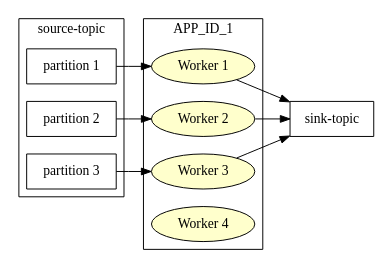
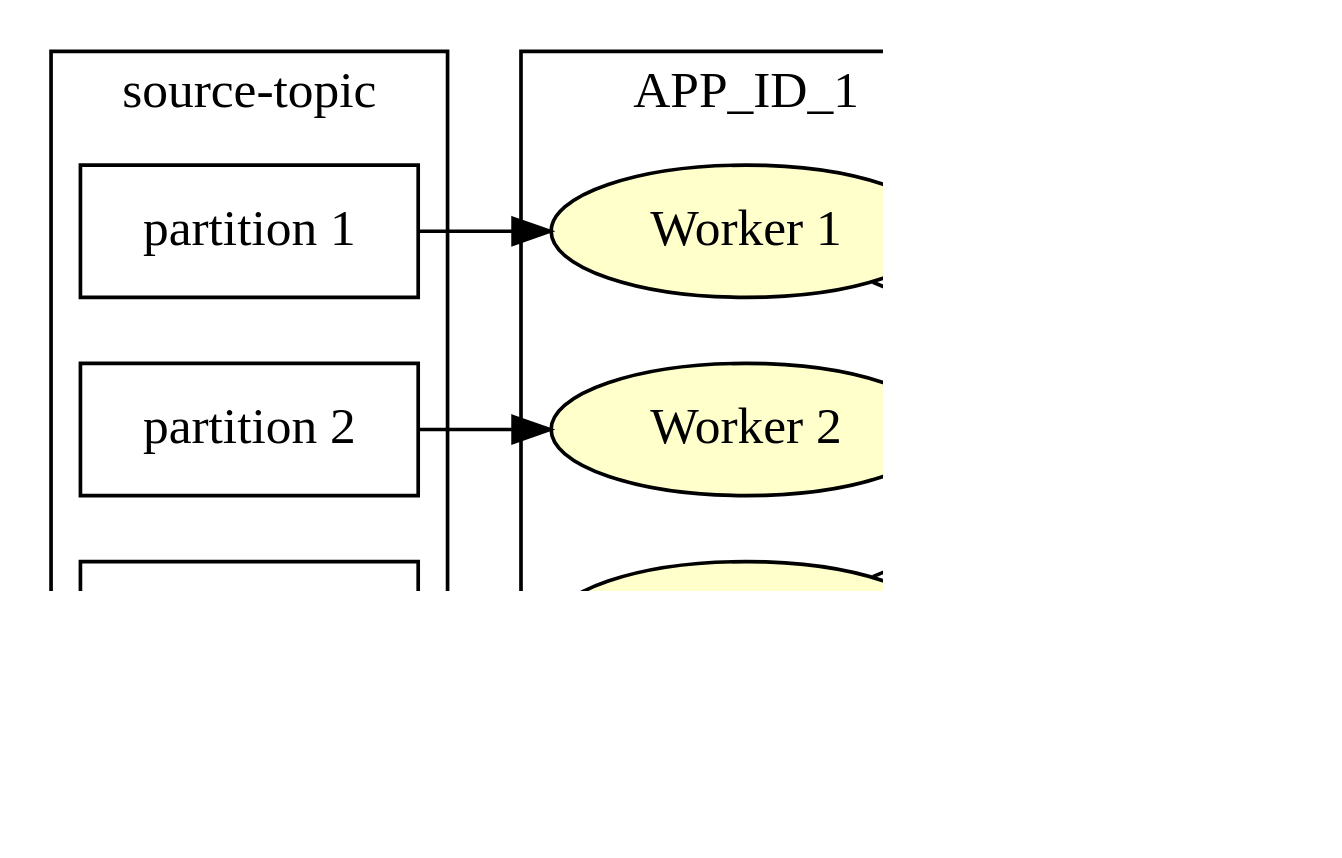
Diagram 31 of 46 in lecture.adoc (inponomarev/kafka-hjs), drawn with Graphviz before and after one commit. The commit also changed other lines of this file and 5 other files, not shown here.

Commit message:
add smileys to diagrams

```diff
--- a/lecture.adoc
+++ b/lecture.adoc
@@ -1366,36 +1419,36 @@
 [graphviz,w4,svg]
 ----
 digraph G {
   node [shape="rectangle"]
- // graph [ dpi = 140 ];
+  graph [ dpi = 140 ];
   rankdir="LR";
   
   
   
       subgraph cluster_s2{
             
         o1[label="Worker 1"; shape="oval"; style=filled; fillcolor="#ffffcc"]
         
         o2[label="Worker 2"; shape="oval"; style=filled; fillcolor="#ffffcc"]
 
         o3[label="Worker 3"; shape="oval"; style=filled; fillcolor="#ffffcc"]
 
         o4[label="Worker 4"; shape="oval"; style=filled; fillcolor="#ffffcc"]
 
         
         label="APP_ID_1"
       }
   
   subgraph cluster_s1{
     "partition 1"->o1
     "partition 2"->o2
     "partition 3"->o3 
     label="source-topic"
   }
   
   sink[label="sink-topic"]
   o1->sink
   o2->sink
   o3->sink
 }
 ----
```
